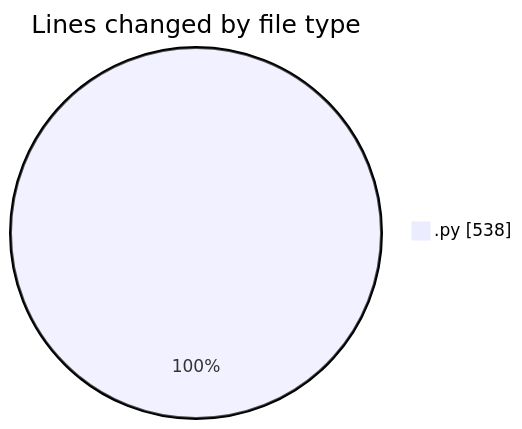
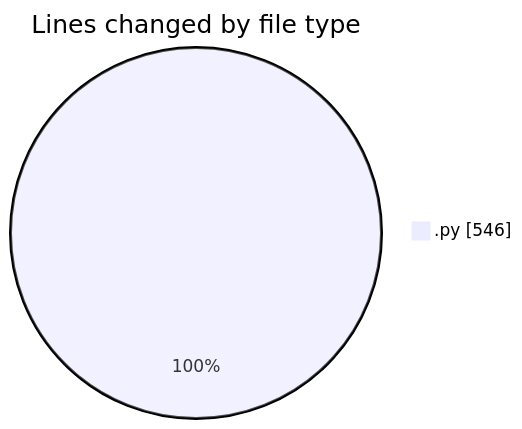
Before and after one commit to julien-gomy/code-tracking: the first of 2 diagrams in 2025-11-08/eventscop-api-guide__workspace_/README.md, drawn with Mermaid. The commit also changed other lines of this file and 1 other file, not shown here.

````diff
--- a/2025-11-08/eventscop-api-guide__workspace_/README.md
+++ b/2025-11-08/eventscop-api-guide__workspace_/README.md
@@ -20,5 +20,5 @@
 ```mermaid
 pie showData
 title Lines changed by file type
-".py" : 538
+".py" : 546
 ```
````
